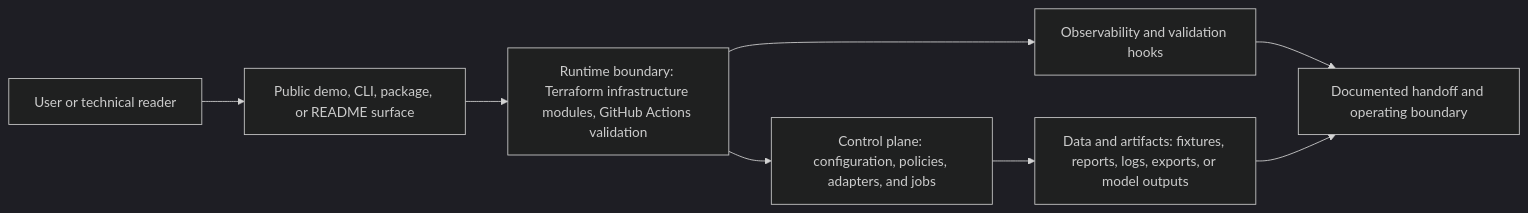
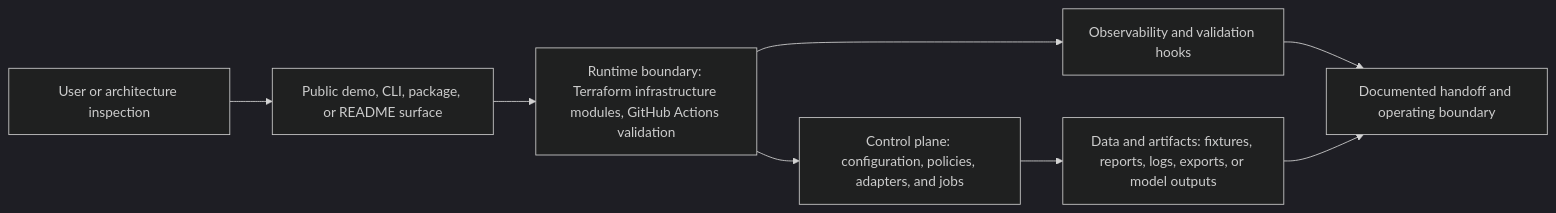
One commit to KIM3310/llm-onprem-deployment-kit changed the diagram in docs/system-architecture.md. Above: the diagram before and after it, drawn with Mermaid (dark theme). The commit also changed 6 other files, not shown here.

Commit message:
Polish architecture-centered repository surfaces

````diff
--- a/docs/system-architecture.md
+++ b/docs/system-architecture.md
@@ -18,10 +18,10 @@
 ```mermaid
 flowchart LR
-    User["User or technical reader"] --> Surface["Public demo, CLI, package, or README surface"]
+    User["User or architecture inspection"] --> Surface["Public demo, CLI, package, or README surface"]
     Surface --> Runtime["Runtime boundary: Terraform infrastructure modules, GitHub Actions validation"]
     Runtime --> Control["Control plane: configuration, policies, adapters, and jobs"]
     Control --> Data["Data and artifacts: fixtures, reports, logs, exports, or model outputs"]
     Runtime --> Observability["Observability and validation hooks"]
     Observability --> Handoff["Documented handoff and operating boundary"]
     Data --> Handoff
 ```
````
